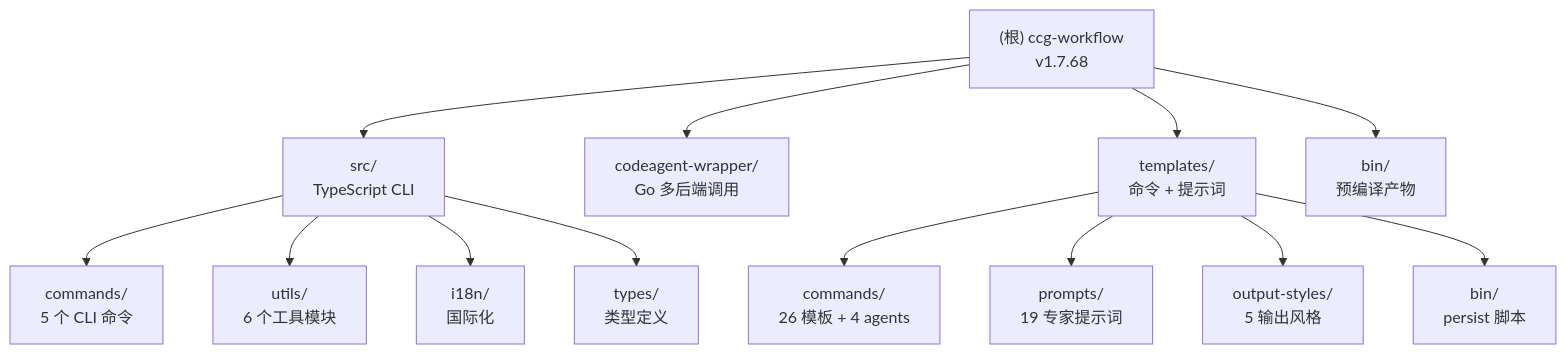
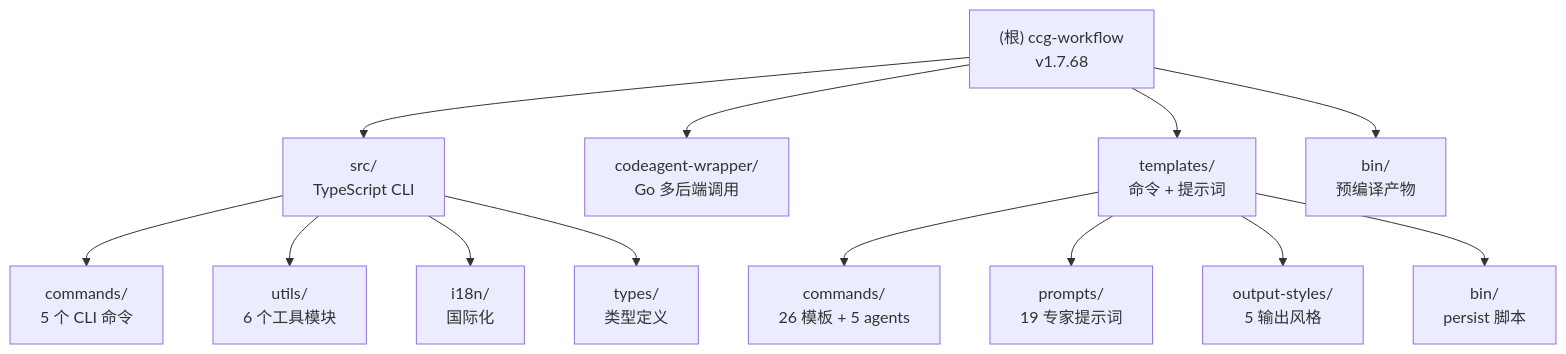
Before and after one commit to 13210541230/ccg-workflow: the second of 2 diagrams in CLAUDE.md, drawn with Mermaid. The commit also changed other lines of this file and 5 other files, not shown here.

````diff
--- a/CLAUDE.md
+++ b/CLAUDE.md
@@ -107,21 +112,21 @@
 ```mermaid
 graph TD
     A["(根) ccg-workflow<br/>v1.7.68"] --> B["src/<br/>TypeScript CLI"]
     A --> C["codeagent-wrapper/<br/>Go 多后端调用"]
     A --> D["templates/<br/>命令 + 提示词"]
     A --> E["bin/<br/>预编译产物"]
 
     B --> B1["commands/<br/>5 个 CLI 命令"]
     B --> B2["utils/<br/>6 个工具模块"]
     B --> B3["i18n/<br/>国际化"]
     B --> B4["types/<br/>类型定义"]
 
-    D --> D1["commands/<br/>26 模板 + 4 agents"]
+    D --> D1["commands/<br/>26 模板 + 5 agents"]
     D --> D2["prompts/<br/>19 专家提示词"]
     D --> D3["output-styles/<br/>5 输出风格"]
     D --> D4["bin/<br/>persist 脚本"]
 
     click B "./src/CLAUDE.md" "查看 CLI 模块文档"
     click C "./codeagent-wrapper/CLAUDE.md" "查看 codeagent-wrapper 模块文档"
     click D "./templates/CLAUDE.md" "查看 templates 模块文档"
 ```
````
